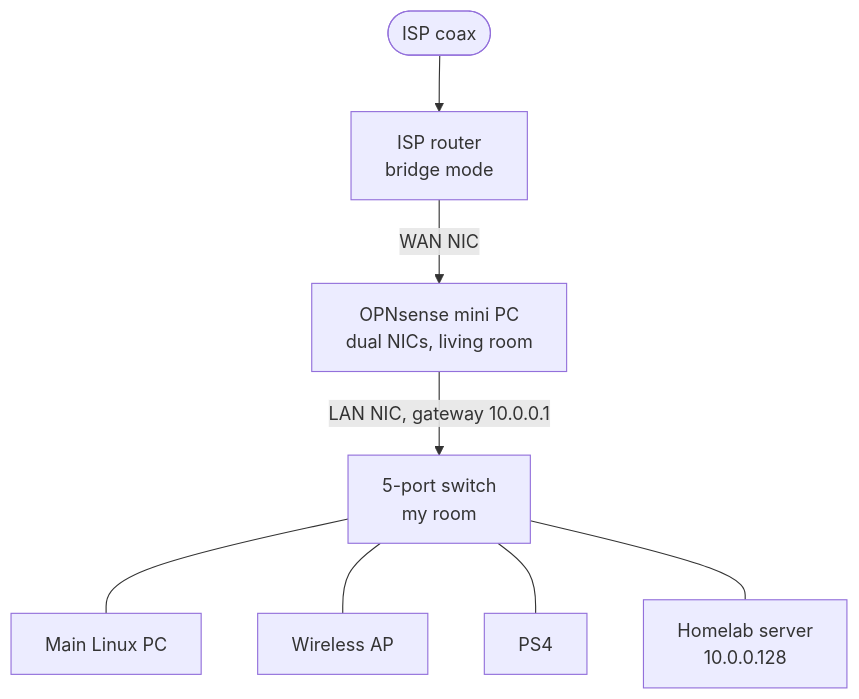
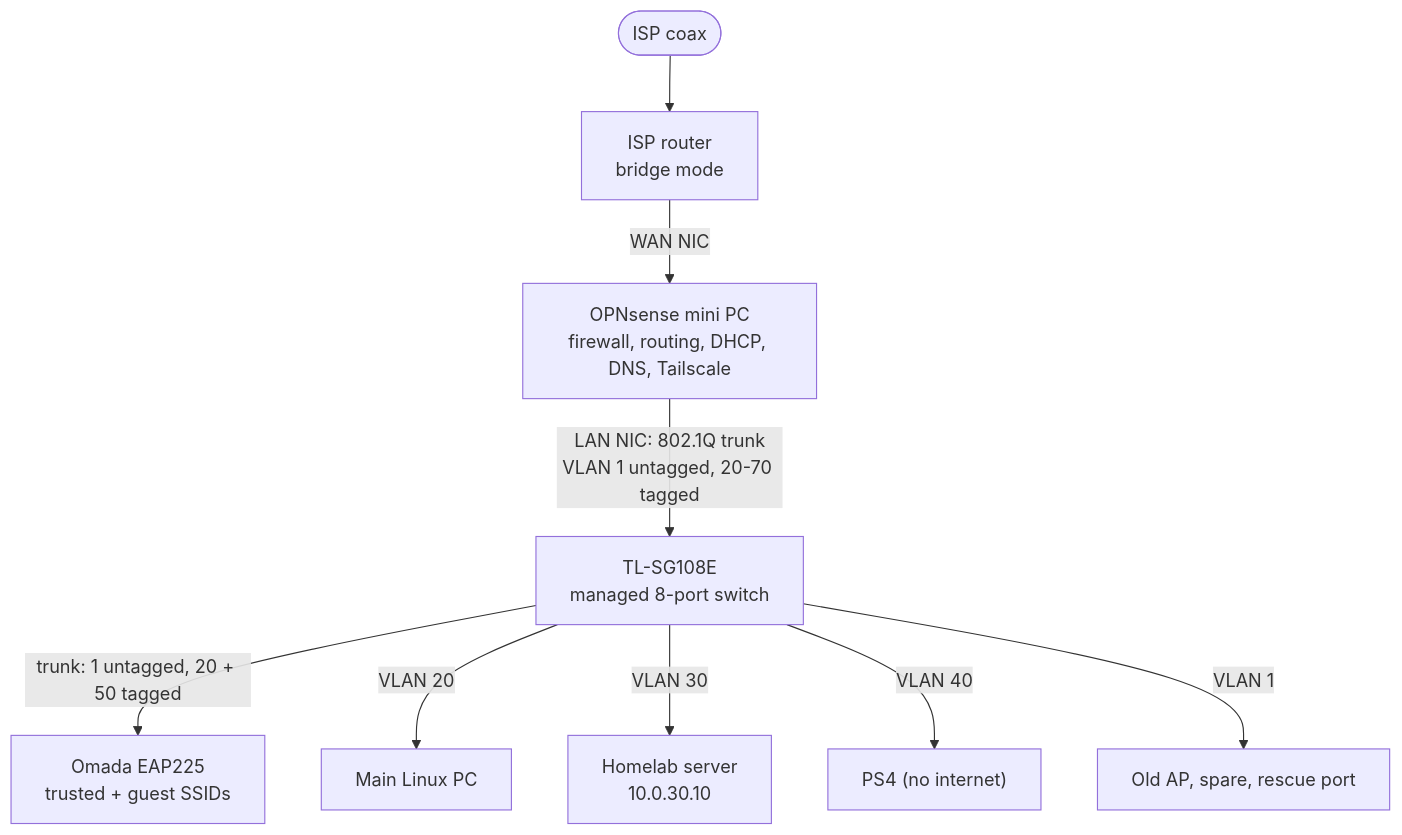
Before and after one commit to r3trolicia/homelab: the first of 2 diagrams in network/README.md, drawn with Mermaid. The commit also changed other lines of this file and 3 other files, not shown here.

````diff
--- a/network/README.md
+++ b/network/README.md
@@ -5,10 +7,11 @@
 ```mermaid
 flowchart TD
     ISP(["ISP coax"]) --> MODEM["ISP router<br/>bridge mode"]
-    MODEM -->|"WAN NIC"| FW["OPNsense mini PC<br/>dual NICs, living room"]
-    FW -->|"LAN NIC, gateway 10.0.0.1"| SW["5-port switch<br/>my room"]
-    SW --- PC["Main Linux PC"]
-    SW --- WAP["Wireless AP"]
-    SW --- PS4["PS4"]
-    SW --- LAB["Homelab server<br/>10.0.0.128"]
+    MODEM -->|"WAN NIC"| FW["OPNsense mini PC<br/>firewall, routing, DHCP, DNS, Tailscale"]
+    FW -->|"LAN NIC: 802.1Q trunk<br/>VLAN 1 untagged, 20-70 tagged"| SW["TL-SG108E<br/>managed 8-port switch"]
+    SW -->|"trunk: 1 untagged, 20 + 50 tagged"| AP["Omada EAP225<br/>trusted + guest SSIDs"]
+    SW -->|"VLAN 20"| PC["Main Linux PC"]
+    SW -->|"VLAN 30"| LAB["Homelab server<br/>10.0.30.10"]
+    SW -->|"VLAN 40"| PS4["PS4 (no internet)"]
+    SW -->|"VLAN 1"| OLD["Old AP, spare, rescue port"]
 ```
````
